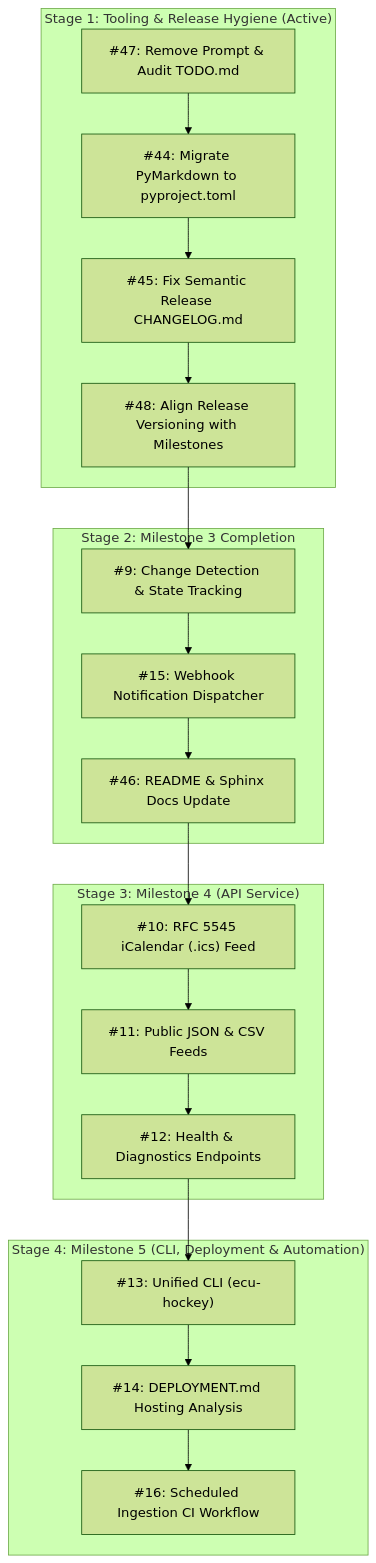
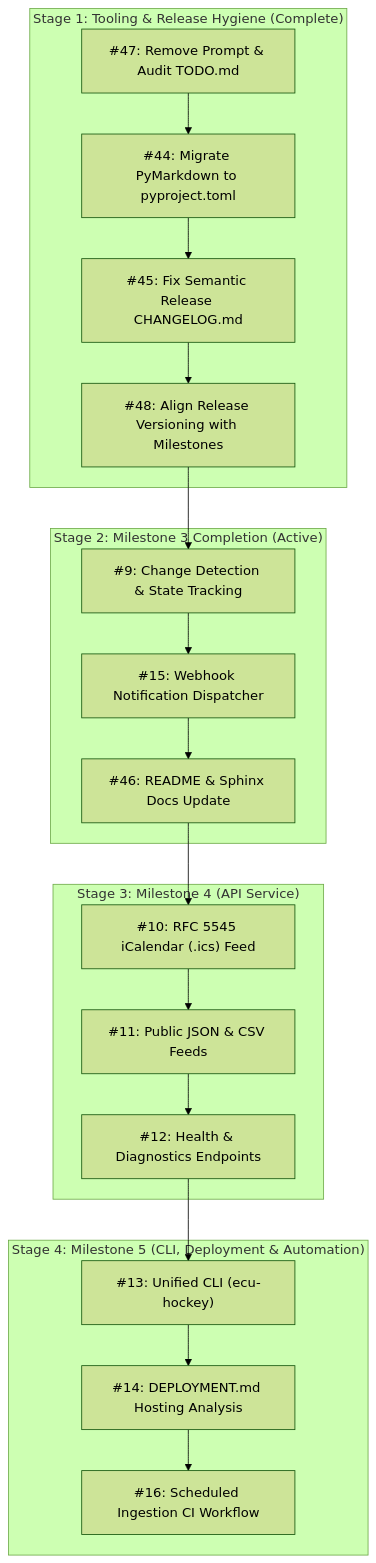
The second of 2 diagrams in TODO.md (bdperkin/ecu-hockey-calendar), drawn with Mermaid (forest theme) before and after one commit. The commit also changed other lines of this file, not shown here.

Commit message:
docs(roadmap): mark issues #48 and #9 complete in TODO.md (#59)
## Summary

Updates `TODO.md` roadmap and implementation plan to reflect completion
of recent issues:
- Mark **#48** as complete with reference to [PR
#57](https://github.com/bdperkin/ecu-hockey-calendar/pull/57).
- Mark Phase 3.3 issue **#9** as complete with reference to [PR
#58](https://github.com/bdperkin/ecu-hockey-calendar/pull/58).
- Update Stage 1 (Tooling & Release Hygiene) to Complete and Stage 2
(Milestone 3 Completion) to Active in the roadmap dependency graph.

````diff
--- a/TODO.md
+++ b/TODO.md
@@ -266,40 +266,40 @@
 ```mermaid
 flowchart TD
-    subgraph HYGIENE["Stage 1: Tooling & Release Hygiene (Active)"]
+    subgraph HYGIENE["Stage 1: Tooling & Release Hygiene (Complete)"]
         T47["#47: Remove Prompt & Audit TODO.md"]
         T44["#44: Migrate PyMarkdown to pyproject.toml"]
         T45["#45: Fix Semantic Release CHANGELOG.md"]
         T48["#48: Align Release Versioning with Milestones"]
     end
 
-    subgraph M3["Stage 2: Milestone 3 Completion"]
+    subgraph M3["Stage 2: Milestone 3 Completion (Active)"]
         T9["#9: Change Detection & State Tracking"]
         T15["#15: Webhook Notification Dispatcher"]
         T46["#46: README & Sphinx Docs Update"]
     end
 
     subgraph M4["Stage 3: Milestone 4 (API Service)"]
         T10["#10: RFC 5545 iCalendar (.ics) Feed"]
         T11["#11: Public JSON & CSV Feeds"]
         T12["#12: Health & Diagnostics Endpoints"]
     end
 
     subgraph M5["Stage 4: Milestone 5 (CLI, Deployment & Automation)"]
         T13["#13: Unified CLI (ecu-hockey)"]
         T14["#14: DEPLOYMENT.md Hosting Analysis"]
         T16["#16: Scheduled Ingestion CI Workflow"]
     end
 
     T47 --> T44
     T44 --> T45
     T45 --> T48
     T48 --> T9
     T9 --> T15
     T15 --> T46
     T46 --> T10
     T10 --> T11
     T11 --> T12
     T12 --> T13
     T13 --> T14
     T14 --> T16
 ```
````
